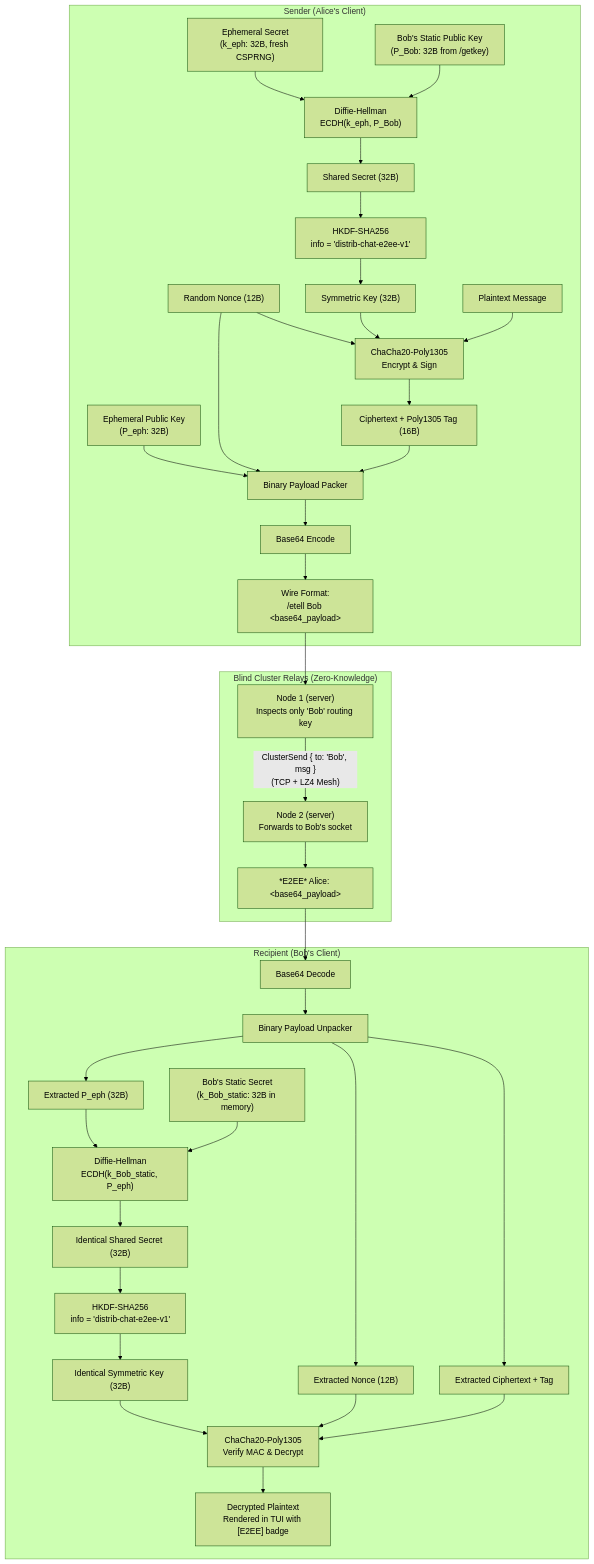
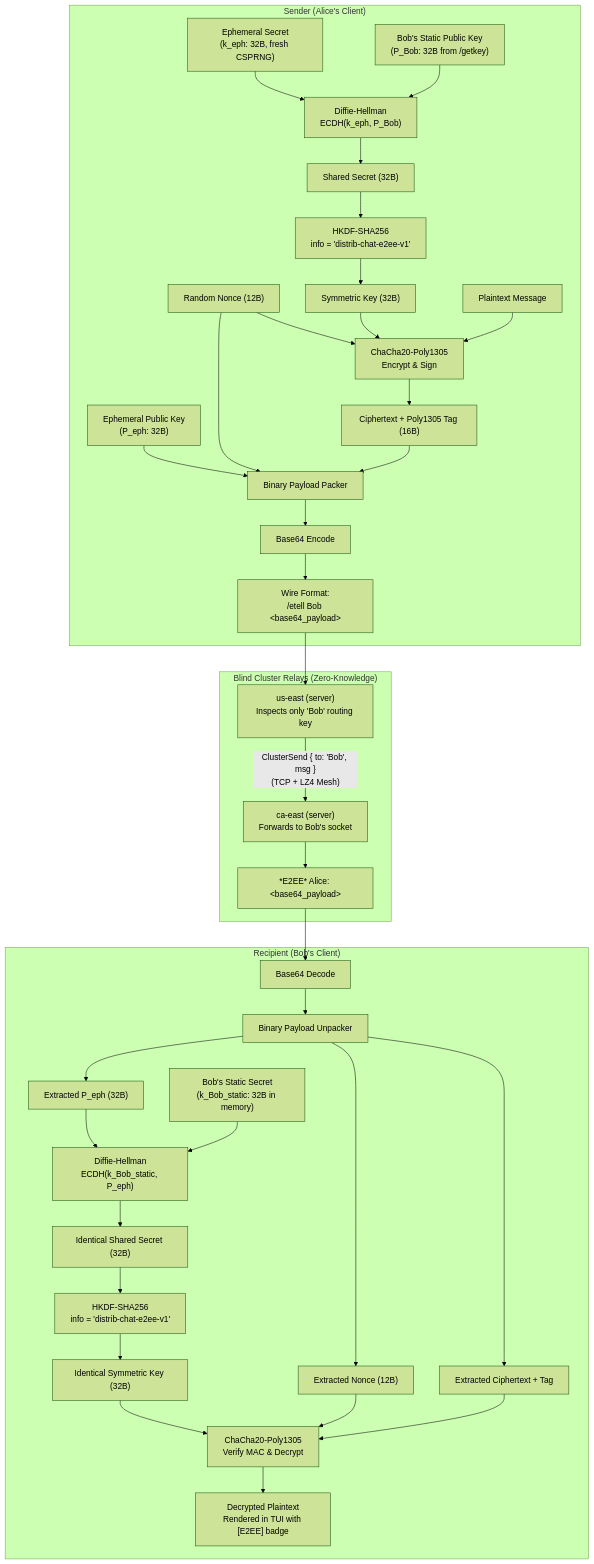
One commit to smunix/parconc-rs changed the seventh of 7 diagrams in distrib-chat/README.md. Above: the diagram before and after it, drawn with Mermaid (forest theme). The commit also changed other lines of this file and 12 other files, not shown here.

Commit message:
refactor(distrib-chat): rename cluster nodes to geographic regions (us-east, ca-east, ca-west, us-west, eu)

````diff
--- a/distrib-chat/README.md
+++ b/distrib-chat/README.md
@@ -536,45 +562,45 @@
 ```mermaid
 flowchart TD
     subgraph Sender ["Sender (Alice's Client)"]
         SK_A["Ephemeral Secret<br/>(k_eph: 32B, fresh CSPRNG)"] --> DH_A["Diffie-Hellman<br/>ECDH(k_eph, P_Bob)"]
         PK_B["Bob's Static Public Key<br/>(P_Bob: 32B from /getkey)"] --> DH_A
         DH_A --> Secret_A["Shared Secret (32B)"]
         Secret_A --> HKDF_A["HKDF-SHA256<br/>info = 'distrib-chat-e2ee-v1'"]
         HKDF_A --> SymKey_A["Symmetric Key (32B)"]
         Nonce_A["Random Nonce (12B)"] --> AEAD_Enc["ChaCha20-Poly1305<br/>Encrypt & Sign"]
         SymKey_A --> AEAD_Enc
         Plaintext["Plaintext Message"] --> AEAD_Enc
         AEAD_Enc --> CT_Tag["Ciphertext + Poly1305 Tag (16B)"]
         
         PK_Eph["Ephemeral Public Key<br/>(P_eph: 32B)"] --> Packer["Binary Payload Packer"]
         Nonce_A --> Packer
         CT_Tag --> Packer
         Packer --> B64_Enc["Base64 Encode"]
         B64_Enc --> WireMsg["Wire Format:<br/>/etell Bob &lt;base64_payload&gt;"]
     end
 
     subgraph Relays ["Blind Cluster Relays (Zero-Knowledge)"]
-        WireMsg --> Node1_Relay["Node 1 (server)<br/>Inspects only 'Bob' routing key"]
-        Node1_Relay -->|"ClusterSend { to: 'Bob', msg }<br/>(TCP + LZ4 Mesh)"| Node2_Relay["Node 2 (server)<br/>Forwards to Bob's socket"]
-        Node2_Relay --> WireDelivery["*E2EE* Alice: &lt;base64_payload&gt;"]
+        WireMsg --> UsEast_Relay["us-east (server)<br/>Inspects only 'Bob' routing key"]
+        UsEast_Relay -->|"ClusterSend { to: 'Bob', msg }<br/>(TCP + LZ4 Mesh)"| CaEast_Relay["ca-east (server)<br/>Forwards to Bob's socket"]
+        CaEast_Relay --> WireDelivery["*E2EE* Alice: &lt;base64_payload&gt;"]
     end
 
     subgraph Recipient ["Recipient (Bob's Client)"]
         WireDelivery --> B64_Dec["Base64 Decode"]
         B64_Dec --> Unpacker["Binary Payload Unpacker"]
         Unpacker --> Ext_PK_Eph["Extracted P_eph (32B)"]
         Unpacker --> Ext_Nonce["Extracted Nonce (12B)"]
         Unpacker --> Ext_CT["Extracted Ciphertext + Tag"]
         
         Ext_PK_Eph --> DH_B["Diffie-Hellman<br/>ECDH(k_Bob_static, P_eph)"]
         SK_B["Bob's Static Secret<br/>(k_Bob_static: 32B in memory)"] --> DH_B
         DH_B --> Secret_B["Identical Shared Secret (32B)"]
         Secret_B --> HKDF_B["HKDF-SHA256<br/>info = 'distrib-chat-e2ee-v1'"]
         HKDF_B --> SymKey_B["Identical Symmetric Key (32B)"]
         
         SymKey_B --> AEAD_Dec["ChaCha20-Poly1305<br/>Verify MAC & Decrypt"]
         Ext_Nonce --> AEAD_Dec
         Ext_CT --> AEAD_Dec
         AEAD_Dec --> DecryptedPlaintext["Decrypted Plaintext<br/>Rendered in TUI with [E2EE] badge"]
     end
 ```
````
